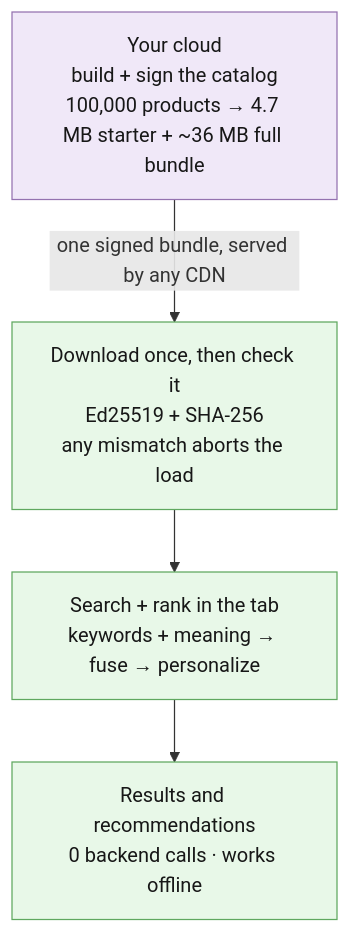
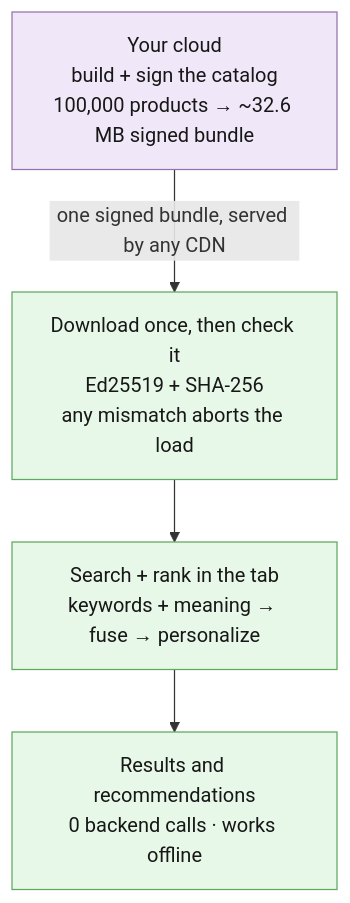
One commit to gainratio/edge-reco changed the fourth of 4 diagrams in docs/ARCHITECTURE.md. Above: the diagram before and after it, drawn with Mermaid. The commit also changed other lines of this file and 27 other files, not shown here.

````diff
--- a/docs/ARCHITECTURE.md
+++ b/docs/ARCHITECTURE.md
@@ -302,15 +302,15 @@
 ```mermaid
 flowchart TB
-  build["Your cloud<br>build + sign the catalog<br>100,000 products → 4.7 MB starter + ~36 MB full bundle"]
+  build["Your cloud<br>build + sign the catalog<br>100,000 products → ~32.6 MB signed bundle"]
   sync["Download once, then check it<br>Ed25519 + SHA-256<br>any mismatch aborts the load"]
   engine["Search + rank in the tab<br>keywords + meaning → fuse → personalize"]
   recs["Results and recommendations<br>0 backend calls · works offline"]
 
   build -->|"one signed bundle, served by any CDN"| sync
   sync --> engine --> recs
 
   classDef cloud fill:#f0e8f8,stroke:#9472b0,color:#171717;
   classDef device fill:#e8f8e8,stroke:#5fa85f,color:#171717;
   class build cloud;
   class sync,engine,recs device;
 ```
````
